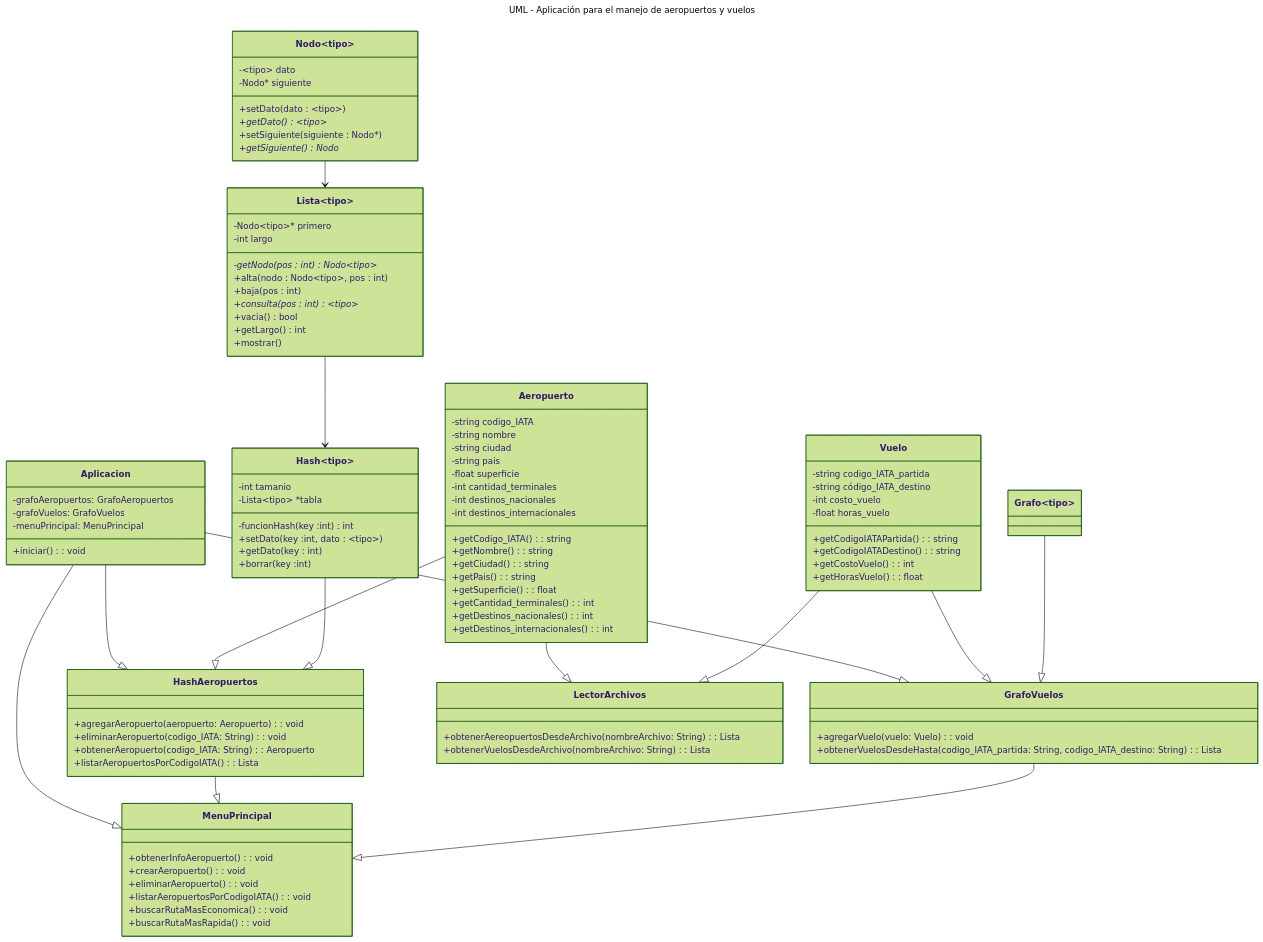
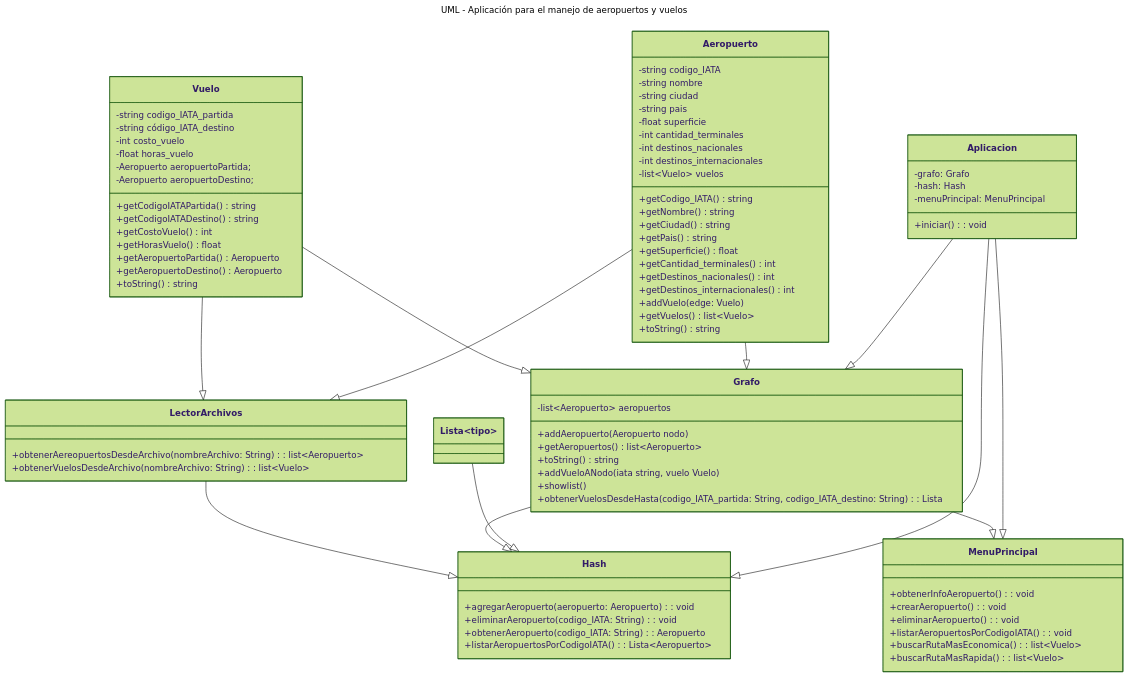
The diagram in README.md (Algoritmos-2023c2-Grupo1/tp-final), drawn with Mermaid (forest theme) before and after one commit. The commit also changed other lines of this file and 56 other files, not shown here.

````diff
--- a/README.md
+++ b/README.md
@@ -100,40 +112,20 @@
 
 classDiagram
 
-    class Nodo~tipo~ {
-        -~tipo~ dato
-        -Nodo* siguiente
-        +setDato(dato : ~tipo~)
-        +getDato() ~tipo~*
-        +setSiguiente(siguiente : Nodo*)
-        +getSiguiente() Nodo*
+    class Grafo {
+        -list~Aeropuerto~ aeropuertos
+        +addAeropuerto(Aeropuerto nodo)
+        +getAeropuertos() list~Aeropuerto~
+        +toString() string 
+        +addVueloANodo(iata string, vuelo Vuelo)
+        +showlist()
+        +obtenerVuelosDesdeHasta(codigo_IATA_partida: String, codigo_IATA_destino: String): Lista<Vuelo>
+    }
+    
+    class Lista~tipo~ {
+
     }
 
-    class Lista~tipo~ {
-	-Nodo~tipo~* primero
-        -int largo
-        -getNodo(pos : int) Nodo~tipo~*
-        +alta(nodo : Nodo~tipo~, pos : int)
-        +baja(pos : int)
-        +consulta(pos : int) ~tipo~*
-        +vacia() bool
-        +getLargo() int
-        +mostrar()
-    }
-
-    class Hash~tipo~ {
-        -int tamanio
-        -Lista~tipo~ *tabla
-        -funcionHash(key :int) int
-        +setDato(key :int, dato : ~tipo~)
-        +getDato(key : int)
-        +borrar(key :int)
-    }
-
-    class Grafo~tipo~ {
-
-    }
-    
     class Aeropuerto {
         -string codigo_IATA 
         -string nombre 
@@ -143,14 +135,18 @@
         -int cantidad_terminales 
         -int destinos_nacionales 
         -int destinos_internacionales
-        +getCodigo_IATA(): string
-        +getNombre(): string
-        +getCiudad(): string
-        +getPais(): string
-        +getSuperficie(): float
-        +getCantidad_terminales(): int
-        +getDestinos_nacionales(): int
-        +getDestinos_internacionales(): int
+        -list~Vuelo~ vuelos
+        +getCodigo_IATA() string
+        +getNombre() string
+        +getCiudad() string
+        +getPais() string
+        +getSuperficie() float
+        +getCantidad_terminales() int
+        +getDestinos_nacionales() int
+        +getDestinos_internacionales() int
+        +addVuelo(edge: Vuelo)
+        +getVuelos() list~Vuelo~
+        +toString() string
     }
 
     class Vuelo {
@@ -158,65 +154,58 @@
         -string código_IATA_destino 
         -int costo_vuelo 
         -float horas_vuelo
-        +getCodigoIATAPartida() : string 
-        +getCodigoIATADestino() : string 
-        +getCostoVuelo() : int 
-        +getHorasVuelo() : float
+        -Aeropuerto aeropuertoPartida;
+        -Aeropuerto aeropuertoDestino;
+        +getCodigoIATAPartida() string 
+        +getCodigoIATADestino() string 
+        +getCostoVuelo() int 
+        +getHorasVuelo() float
+        +getAeropuertoPartida() Aeropuerto
+        +getAeropuertoDestino() Aeropuerto
+        +toString() string
     }
     
-    class HashAeropuertos {
+    class Hash {
         +agregarAeropuerto(aeropuerto: Aeropuerto): void
         +eliminarAeropuerto(codigo_IATA: String): void
         +obtenerAeropuerto(codigo_IATA: String): Aeropuerto
-        +listarAeropuertosPorCodigoIATA(): Lista<Aeropuerto>
+        +listarAeropuertosPorCodigoIATA(): Lista~Aeropuerto~
     }
 
-    class GrafoVuelos {
-        +agregarVuelo(vuelo: Vuelo): void
-        +obtenerVuelosDesdeHasta(codigo_IATA_partida: String, codigo_IATA_destino: String): Lista<Vuelo>
-    }
-    
     class MenuPrincipal {
         +obtenerInfoAeropuerto(): void
         +crearAeropuerto(): void
         +eliminarAeropuerto(): void
         +listarAeropuertosPorCodigoIATA(): void
-        +buscarRutaMasEconomica(): void
-        +buscarRutaMasRapida(): void
+        +buscarRutaMasEconomica(): list~Vuelo~
+        +buscarRutaMasRapida(): list~Vuelo~
     }
     
     class Aplicacion {
-        -grafoAeropuertos: GrafoAeropuertos
-        -grafoVuelos: GrafoVuelos
+        -grafo: Grafo
+        -hash: Hash
         -menuPrincipal: MenuPrincipal
         +iniciar(): void
     }
     
     class LectorArchivos {
-        +obtenerAereopuertosDesdeArchivo(nombreArchivo: String): Lista<Aeropuerto>
-        +obtenerVuelosDesdeArchivo(nombreArchivo: String): Lista<Vuelo>
+        +obtenerAereopuertosDesdeArchivo(nombreArchivo: String): list~Aeropuerto~
+        +obtenerVuelosDesdeArchivo(nombreArchivo: String): list~Vuelo~
     }
 
-    Nodo~tipo~ --> Lista~tipo~
-    Lista~tipo~ --> Hash~tipo~
-
-    Aplicacion --|> HashAeropuertos
-    Aplicacion --|> GrafoVuelos
+    Aplicacion --|> Grafo
+    Aplicacion --|> Hash
     Aplicacion --|> MenuPrincipal
 		
     Aeropuerto --|> LectorArchivos
-    Aeropuerto --|> HashAeropuertos
+    Aeropuerto --|> Grafo
     
-    HashAeropuertos --|> MenuPrincipal
+    Grafo --|> MenuPrincipal
+    
+    Vuelo --|> LectorArchivos
+    Vuelo --|> Grafo
 
-    GrafoVuelos --|> MenuPrincipal
-
-    Vuelo --|> LectorArchivos
-    Vuelo --|> GrafoVuelos
-
-    Hash~tipo~ --|> HashAeropuertos
-
-    Grafo --|> GrafoVuelos
-
-    
+    Lista~tipo~ --|> Hash
+    Grafo --|> Hash
+    LectorArchivos --|> Hash
 ```
````
